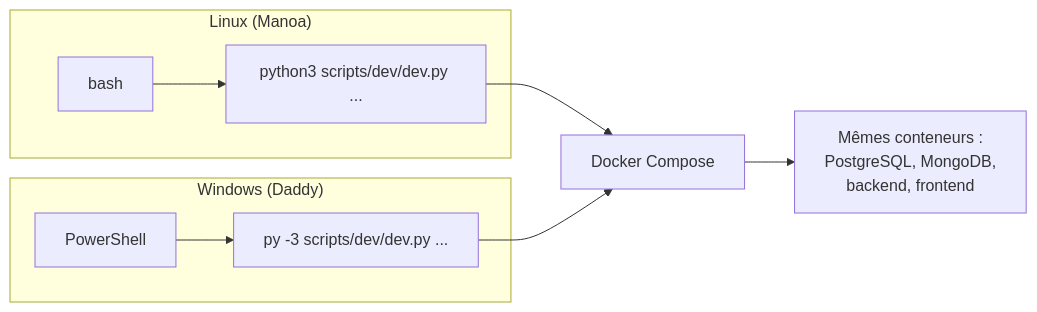
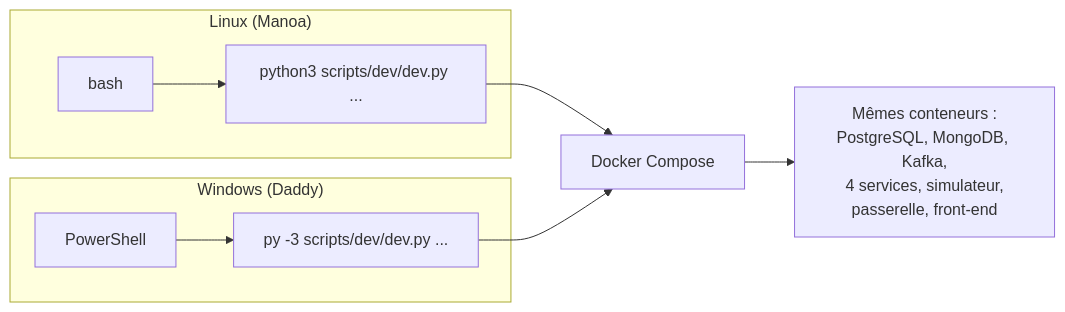
One commit to RobelManoa/novaria-core changed the diagram in docs/08-exploitation/poste-de-travail.md. Above: the diagram before and after it, drawn with Mermaid. The commit also changed other lines of this file and 232 other files, not shown here.

````diff
--- a/docs/08-exploitation/poste-de-travail.md
+++ b/docs/08-exploitation/poste-de-travail.md
@@ -7,12 +7,12 @@
 ```mermaid
 flowchart LR
     subgraph L["Linux (Manoa)"]
         L1[bash] --> L2["python3 scripts/dev/dev.py ..."]
     end
     subgraph W["Windows (Daddy)"]
         W1[PowerShell] --> W2["py -3 scripts/dev/dev.py ..."]
     end
     L2 --> D[Docker Compose]
     W2 --> D
-    D --> E[Mêmes conteneurs :<br/>PostgreSQL, MongoDB,<br/>backend, frontend]
+    D --> E[Mêmes conteneurs :<br/>PostgreSQL, MongoDB, Kafka,<br/>4 services, simulateur,<br/>passerelle, front-end]
 ```
````
